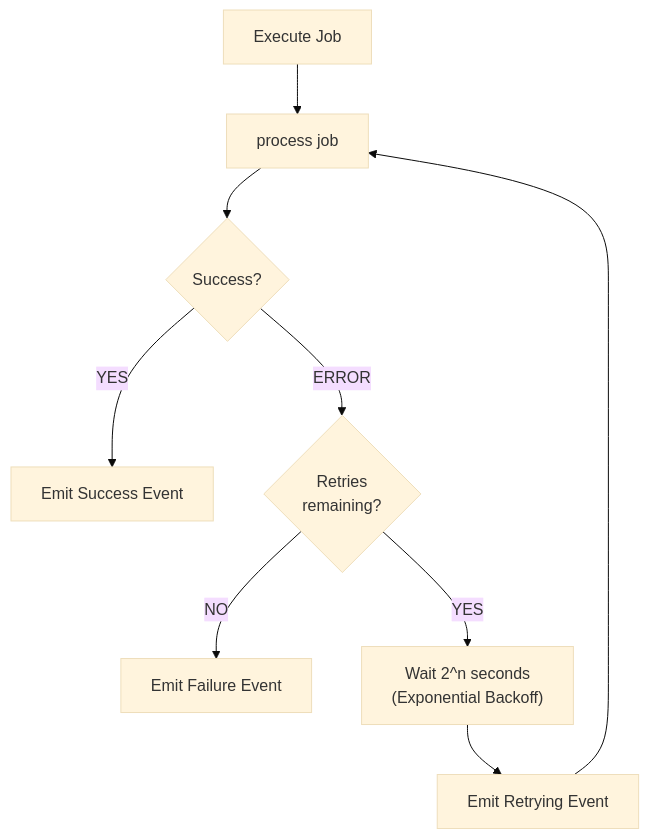
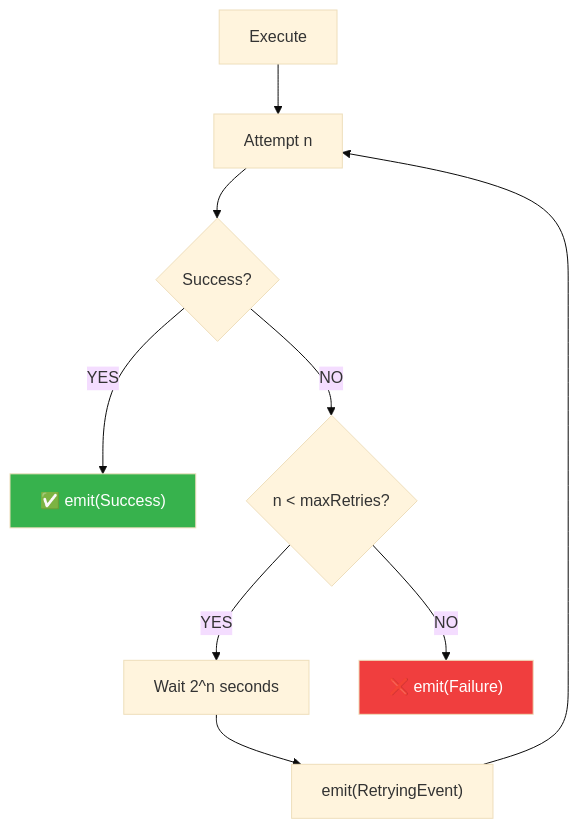
Before and after one commit to lploc94/flutter_orchestrator: the sixth of 16 diagrams in book/chapters/05_advanced_patterns.md, drawn with Mermaid (base theme). The commit also changed other lines of this file and 7 other files, not shown here.

First line of the commit message:
refactor(book): restructure with philosophy focus and mermaid diagrams

````diff
--- a/book/chapters/05_advanced_patterns.md
+++ b/book/chapters/05_advanced_patterns.md
@@ -143,11 +119,17 @@
 ```mermaid
-flowchart TB
-    Start[Execute Job] --> Exec[process job]
-    Exec --> Result{Success?}
-    Result --> |YES| Success[Emit Success Event]
-    Result --> |ERROR| CanRetry{Retries<br/>remaining?}
-    CanRetry --> |NO| Fail[Emit Failure Event]
-    CanRetry --> |YES| Delay["Wait 2^n seconds<br/>(Exponential Backoff)"]
-    Delay --> Retry[Emit Retrying Event]
-    Retry --> Exec
+flowchart TD
+    Start["Execute"] --> Try["Attempt n"]
+    Try --> Success{"Success?"}
+    
+    Success -->|"YES"| Done["✅ emit(Success)"]
+    Success -->|"NO"| CanRetry{"n < maxRetries?"}
+    
+    CanRetry -->|"YES"| Wait["Wait 2^n seconds"]
+    Wait --> Notify["emit(RetryingEvent)"]
+    Notify --> Try
+    
+    CanRetry -->|"NO"| Fail["❌ emit(Failure)"]
+    
+    style Done fill:#37b24d,color:#fff
+    style Fail fill:#f03e3e,color:#fff
 ```
````
